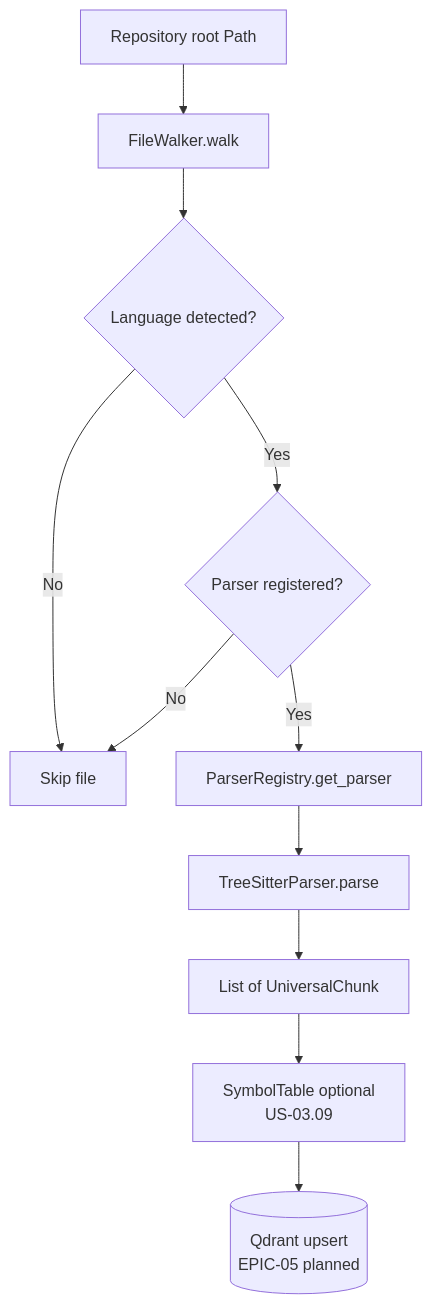
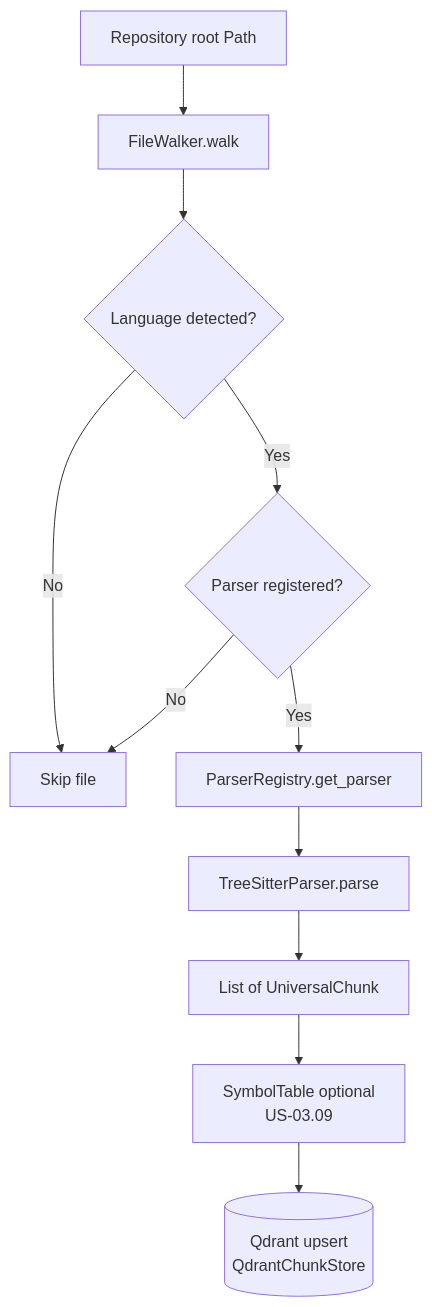
The first of 4 diagrams in docs/architecture/as-built-code-ingestion.md (artis2021/Drishti), drawn with Mermaid before and after one commit. The commit also changed other lines of this file and 22 other files, not shown here.

First line of the commit message:
feat(embedding): Add dense/sparse embeddings and Qdrant hybrid storage (EPIC-05)

````diff
--- a/docs/architecture/as-built-code-ingestion.md
+++ b/docs/architecture/as-built-code-ingestion.md
@@ -11,13 +11,13 @@
 ```mermaid
 flowchart TD
     A[Repository root Path] --> B[FileWalker.walk]
     B --> C{Language detected?}
     C -->|No| Z[Skip file]
     C -->|Yes| D{Parser registered?}
     D -->|No| Z
     D -->|Yes| E[ParserRegistry.get_parser]
     E --> F[TreeSitterParser.parse]
     F --> G[List of UniversalChunk]
     G --> H[SymbolTable optional<br/>US-03.09]
-    H --> I[(Qdrant upsert<br/>EPIC-05 planned)]
+    H --> I[(Qdrant upsert<br/>QdrantChunkStore)]
 ```
````
